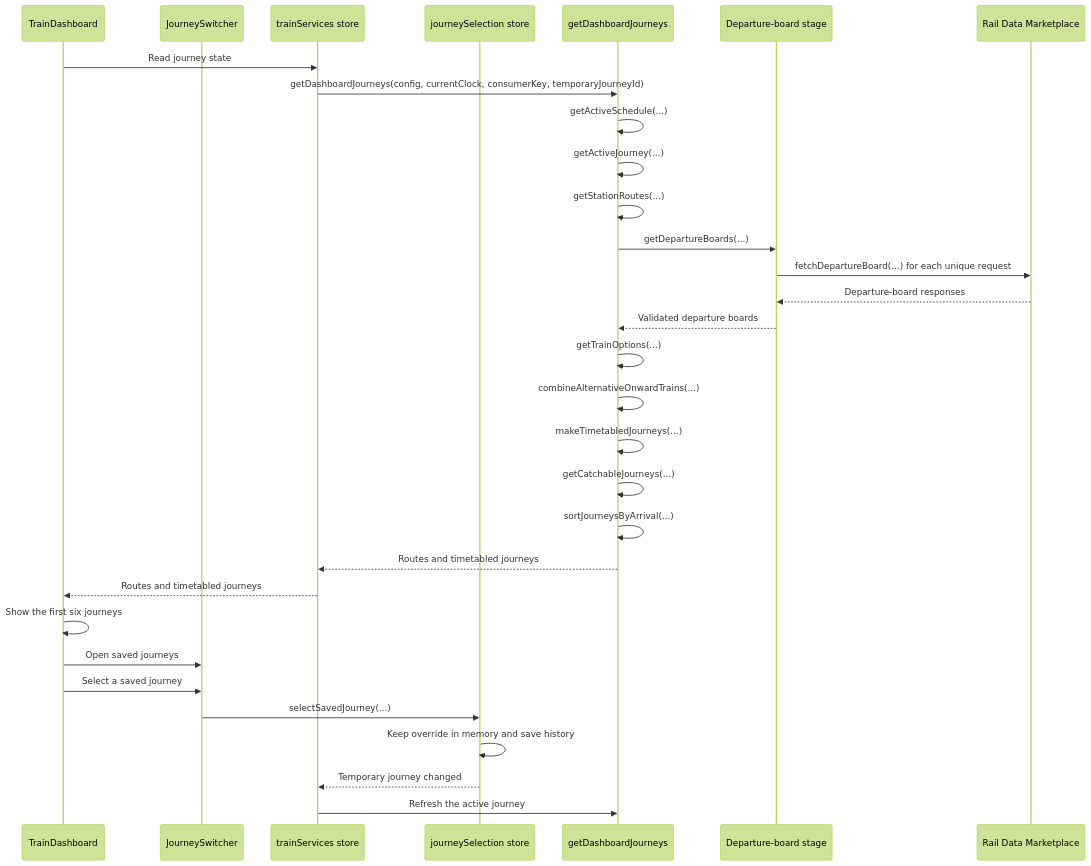
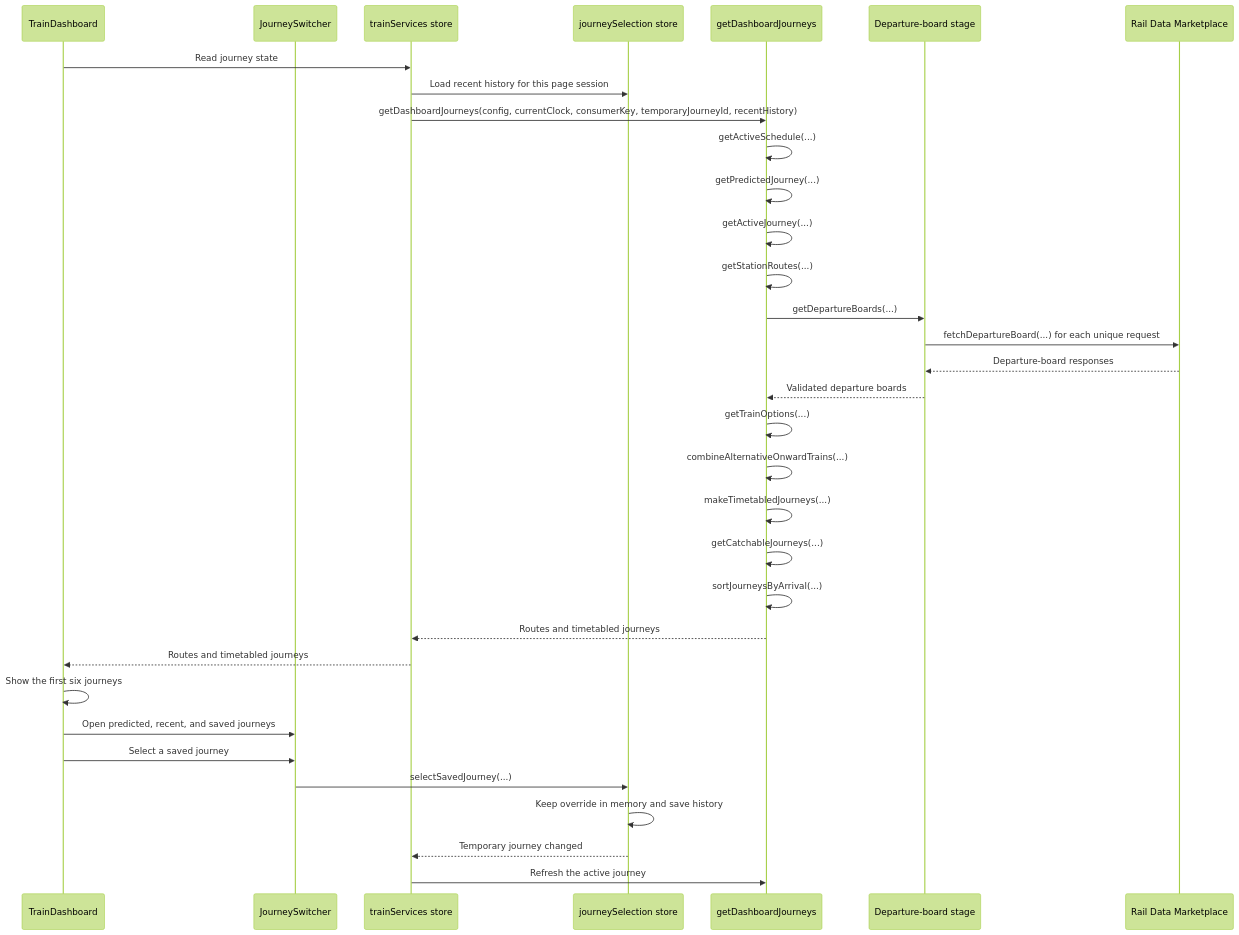
Before and after one commit to nd9600/trainDashboard: the first of 2 diagrams in docs/journey-planning.md, drawn with Mermaid (forest theme). The commit also changed other lines of this file and 7 other files, not shown here.

Commit message:
working on journey switcher

````diff
--- a/docs/journey-planning.md
+++ b/docs/journey-planning.md
@@ -35,35 +37,37 @@
 ```mermaid
 sequenceDiagram
     participant UI as TrainDashboard
     participant Switcher as JourneySwitcher
     participant Store as trainServices store
     participant Selection as journeySelection store
     participant Pipeline as getDashboardJourneys
     participant Boards as Departure-board stage
     participant API as Rail Data Marketplace
 
     UI->>Store: Read journey state
-    Store->>Pipeline: getDashboardJourneys(config, currentClock, consumerKey, temporaryJourneyId)
+    Store->>Selection: Load recent history for this page session
+    Store->>Pipeline: getDashboardJourneys(config, currentClock, consumerKey, temporaryJourneyId, recentHistory)
     Pipeline->>Pipeline: getActiveSchedule(...)
+    Pipeline->>Pipeline: getPredictedJourney(...)
     Pipeline->>Pipeline: getActiveJourney(...)
     Pipeline->>Pipeline: getStationRoutes(...)
     Pipeline->>Boards: getDepartureBoards(...)
     Boards->>API: fetchDepartureBoard(...) for each unique request
     API-->>Boards: Departure-board responses
     Boards-->>Pipeline: Validated departure boards
     Pipeline->>Pipeline: getTrainOptions(...)
     Pipeline->>Pipeline: combineAlternativeOnwardTrains(...)
     Pipeline->>Pipeline: makeTimetabledJourneys(...)
     Pipeline->>Pipeline: getCatchableJourneys(...)
     Pipeline->>Pipeline: sortJourneysByArrival(...)
     Pipeline-->>Store: Routes and timetabled journeys
     Store-->>UI: Routes and timetabled journeys
     UI->>UI: Show the first six journeys
 
-    UI->>Switcher: Open saved journeys
+    UI->>Switcher: Open predicted, recent, and saved journeys
     UI->>Switcher: Select a saved journey
     Switcher->>Selection: selectSavedJourney(...)
     Selection->>Selection: Keep override in memory and save history
     Selection-->>Store: Temporary journey changed
     Store->>Pipeline: Refresh the active journey
 ```
````
